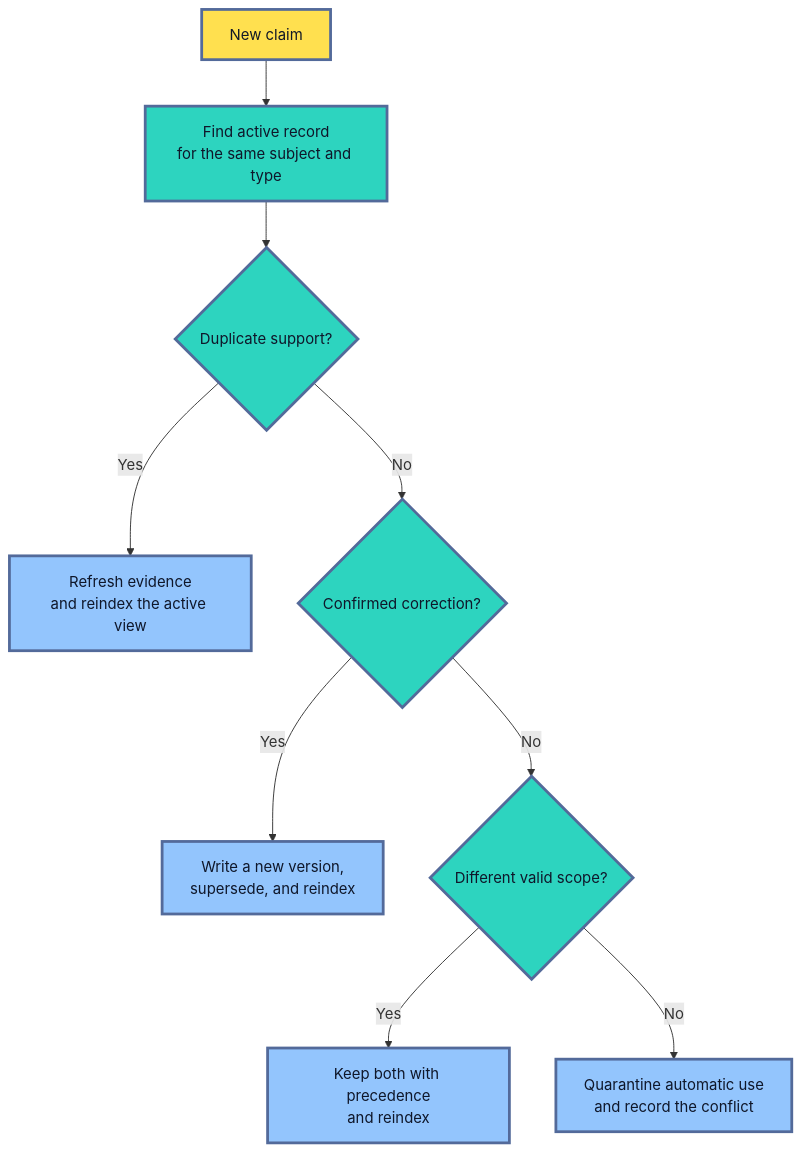
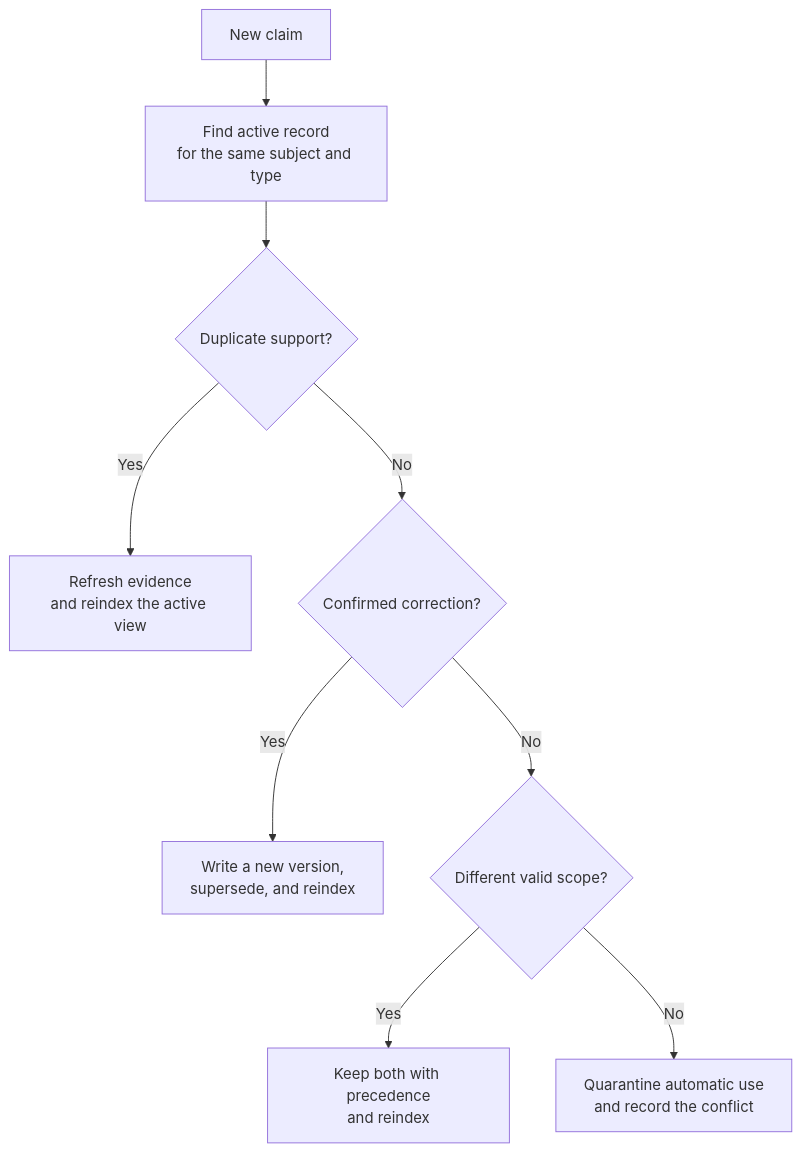
The seventh of 14 diagrams in roadmaps/mlops/modules/llmops/context-engineering/03-memory-and-state.md (senlinyy/dev-roadmaps), drawn with Mermaid before and after one commit. The commit also changed other lines of this file and 152 other files, not shown here.

Commit message:
feat: mlops and diagrams updated

````diff
--- a/roadmaps/mlops/modules/llmops/context-engineering/03-memory-and-state.md
+++ b/roadmaps/mlops/modules/llmops/context-engineering/03-memory-and-state.md
@@ -467,18 +446,15 @@
 ```mermaid
 flowchart TD
     A["New claim"] --> B["Find active record<br/>for the same subject and type"]
     B --> C{"Duplicate support?"}
     C -->|"Yes"| G["Refresh evidence<br/>and reindex the active view"]
     C -->|"No"| D{"Confirmed correction?"}
     D -->|"Yes"| E["Write a new version,<br/>supersede, and reindex"]
     D -->|"No"| F{"Different valid scope?"}
     F -->|"Yes"| H["Keep both with precedence<br/>and reindex"]
     F -->|"No"| I["Quarantine automatic use<br/>and record the conflict"]
 
-    classDef claim fill:#FFE04F,stroke:#536A9A,stroke-width:3px,color:#111827
-    classDef compare fill:#2DD4BF,stroke:#536A9A,stroke-width:3px,color:#0F172A
-    classDef resolution fill:#93C5FD,stroke:#536A9A,stroke-width:3px,color:#0F172A
     class A claim
     class B,C,D,F compare
     class E,G,H,I resolution
 ```
````
